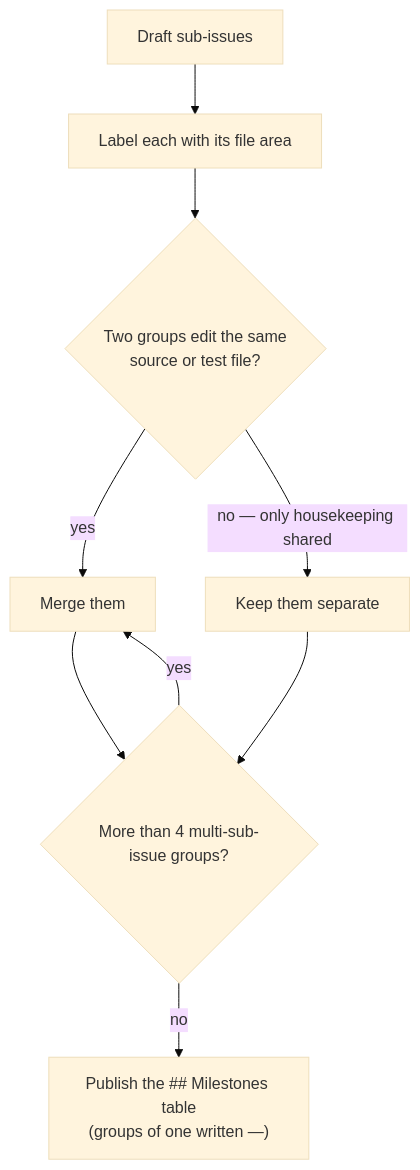
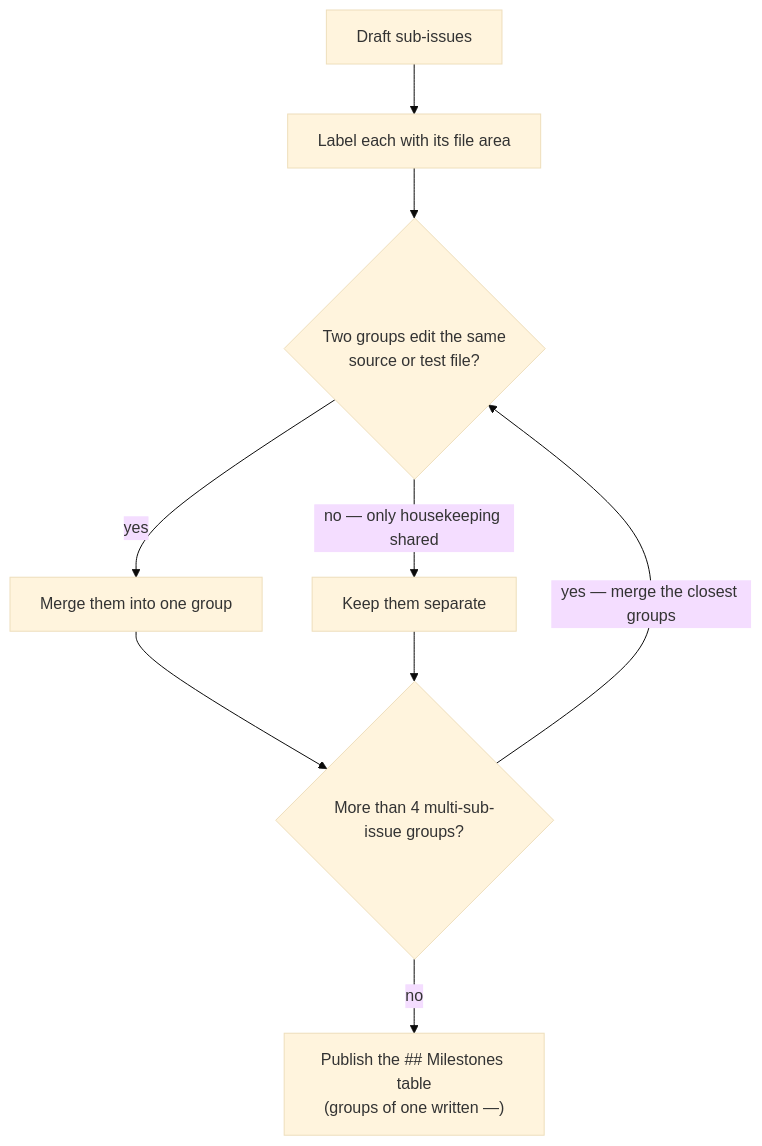
One commit to stSoftwareAU/VibeCoder changed diagram 11 of 13 in docs/workflows/planning-and-questions.md. Above: the diagram before and after it, drawn with Mermaid (base theme). The commit also changed other lines of this file and 5 other files, not shown here.

````diff
--- a/docs/workflows/planning-and-questions.md
+++ b/docs/workflows/planning-and-questions.md
@@ -879,11 +891,11 @@
 ```mermaid
 flowchart TD
     A[Draft sub-issues] --> B[Label each with its file area]
     B --> C{Two groups edit the same<br/>source or test file?}
-    C -->|yes| D[Merge them]
+    C -->|yes| D[Merge them into one group]
     C -->|"no — only housekeeping shared"| E[Keep them separate]
     D --> F{More than 4 multi-sub-issue groups?}
     E --> F
-    F -->|yes| D
+    F -->|"yes — merge the closest groups"| C
     F -->|no| G["Publish the ## Milestones table<br/>(groups of one written —)"]
 ```
````
